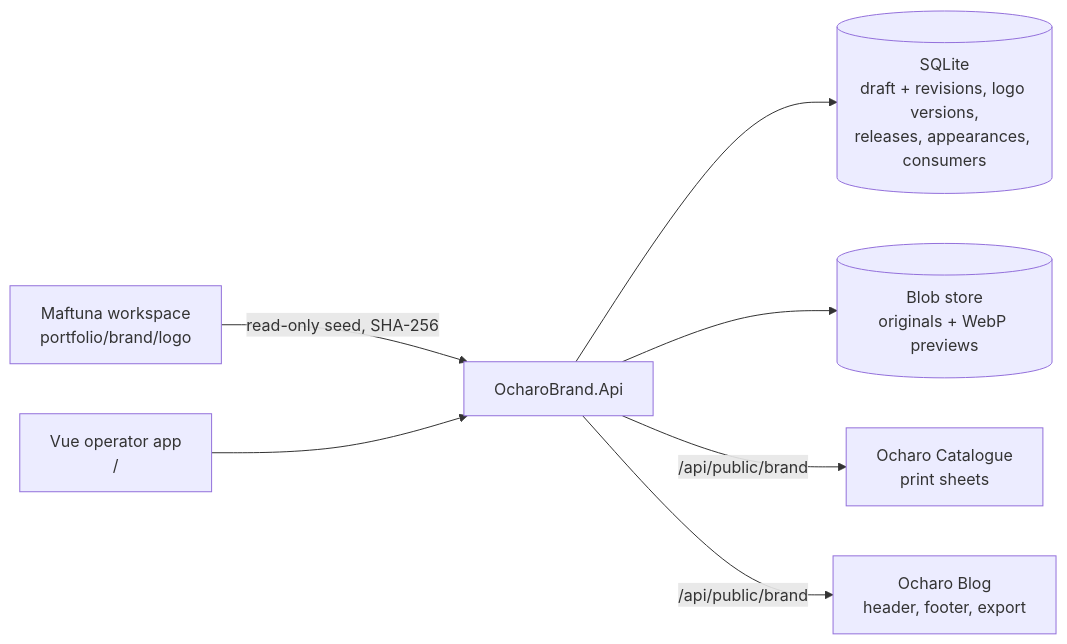
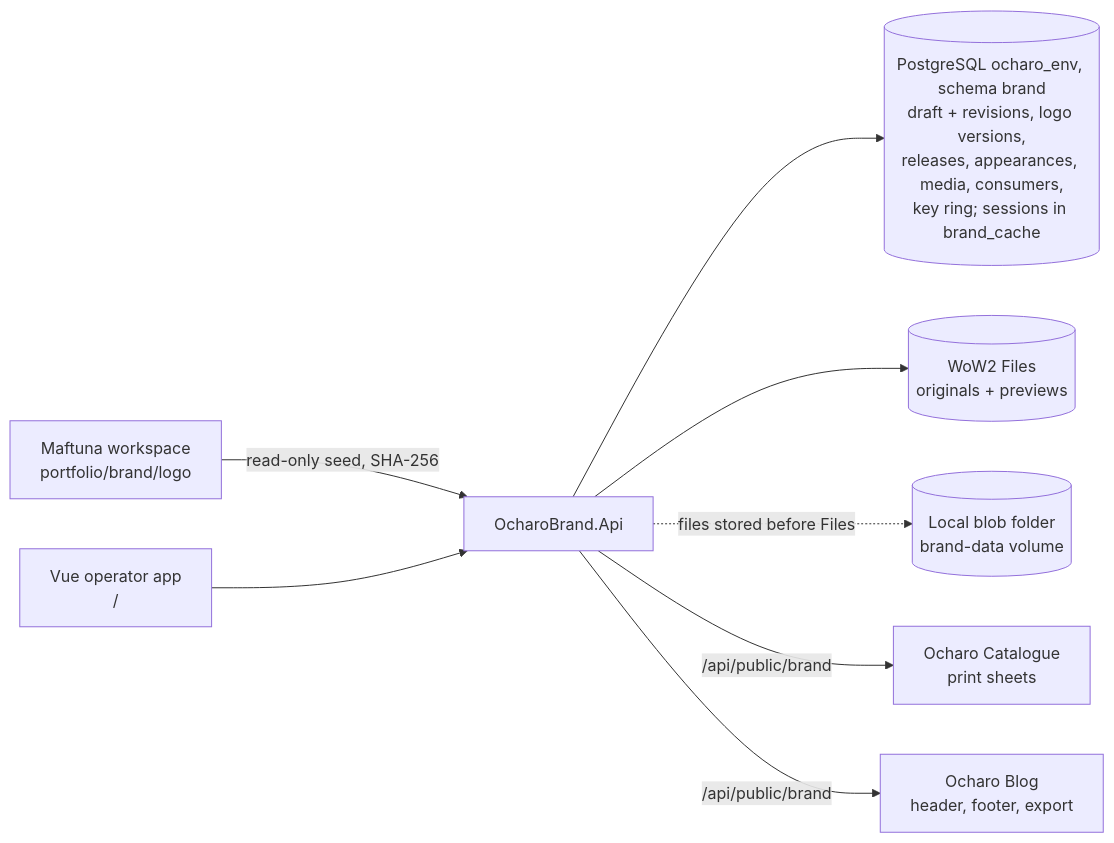
Before and after one commit to ocharo-hq/ocharo-platform: the diagram in engineering/architecture/brand/architecture.md, drawn with Mermaid. The commit also changed other lines of this file and 65 other files, not shown here.

Commit message:
feat: moved Brand's storage to PostgreSQL with a verified SQLite import

````diff
--- a/engineering/architecture/brand/architecture.md
+++ b/engineering/architecture/brand/architecture.md
@@ -5,9 +5,10 @@
 ```mermaid
 flowchart LR
   WS[Maftuna workspace<br/>portfolio/brand/logo] -->|read-only seed, SHA-256| API
   UI[Vue operator app<br/>/] --> API[OcharoBrand.Api]
-  API --> DB[(SQLite<br/>draft + revisions, logo versions,<br/>releases, appearances, consumers)]
-  API --> Blobs[(Blob store<br/>originals + WebP previews)]
+  API --> DB[(PostgreSQL ocharo_env, schema brand<br/>draft + revisions, logo versions,<br/>releases, appearances, media, consumers,<br/>key ring; sessions in brand_cache)]
+  API --> Files[(WoW2 Files<br/>originals + previews)]
+  API -.->|files stored before Files| Blobs[(Local blob folder<br/>brand-data volume)]
   API -->|/api/public/brand| CAT[Ocharo Catalogue<br/>print sheets]
   API -->|/api/public/brand| BLOG[Ocharo Blog<br/>header, footer, export]
 ```
````
